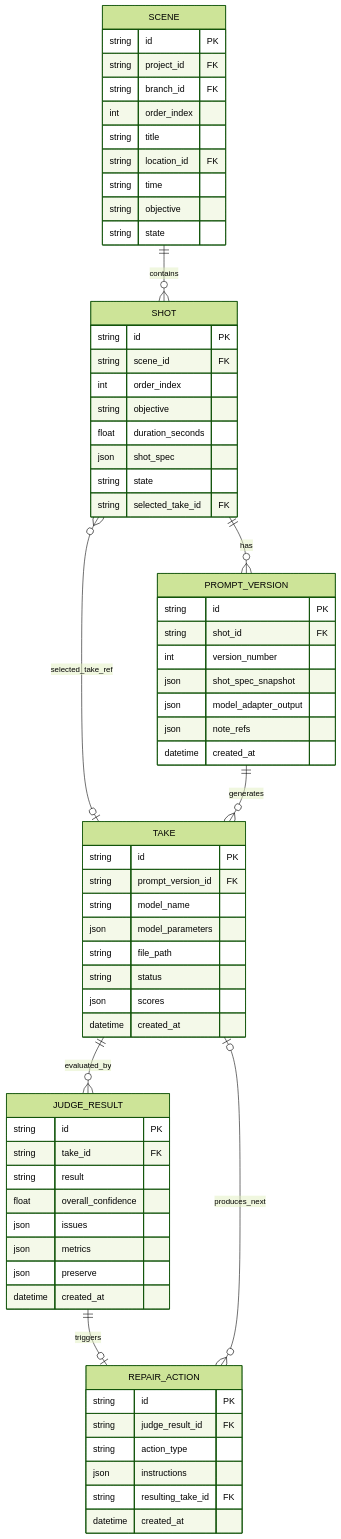
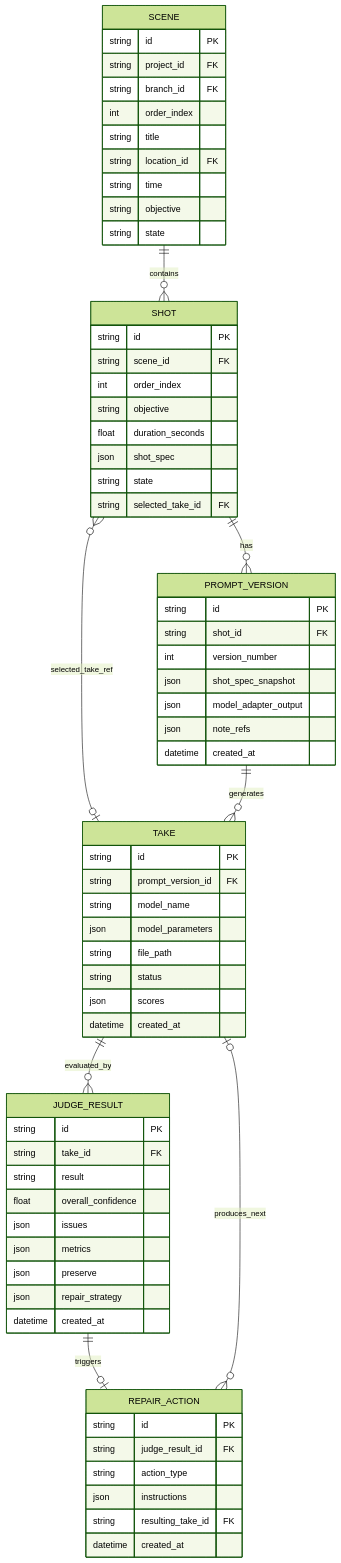
Before and after one commit to ousiassllc/mam: the second of 6 diagrams in spec/architecture/er.md, drawn with Mermaid (forest theme). The commit also changed other lines of this file and 52 other files, not shown here.

````diff
--- a/spec/architecture/er.md
+++ b/spec/architecture/er.md
@@ -98,69 +98,70 @@
 ```mermaid
 erDiagram
     SCENE ||--o{ SHOT : contains
     SHOT ||--o{ PROMPT_VERSION : has
     SHOT }o--o| TAKE : selected_take_ref
     PROMPT_VERSION ||--o{ TAKE : generates
     TAKE ||--o{ JUDGE_RESULT : evaluated_by
     JUDGE_RESULT ||--o| REPAIR_ACTION : triggers
     REPAIR_ACTION }o--o| TAKE : produces_next
 
     SCENE {
         string id PK
         string project_id FK
         string branch_id FK
         int order_index
         string title
         string location_id FK
         string time
         string objective
         string state
     }
     SHOT {
         string id PK
         string scene_id FK
         int order_index
         string objective
         float duration_seconds
         json shot_spec
         string state
         string selected_take_id FK
     }
     PROMPT_VERSION {
         string id PK
         string shot_id FK
         int version_number
         json shot_spec_snapshot
         json model_adapter_output
         json note_refs
         datetime created_at
     }
     TAKE {
         string id PK
         string prompt_version_id FK
         string model_name
         json model_parameters
         string file_path
         string status
         json scores
         datetime created_at
     }
     JUDGE_RESULT {
         string id PK
         string take_id FK
         string result
         float overall_confidence
         json issues
         json metrics
         json preserve
+        json repair_strategy
         datetime created_at
     }
     REPAIR_ACTION {
         string id PK
         string judge_result_id FK
         string action_type
         json instructions
         string resulting_take_id FK
         datetime created_at
     }
 ```
````
